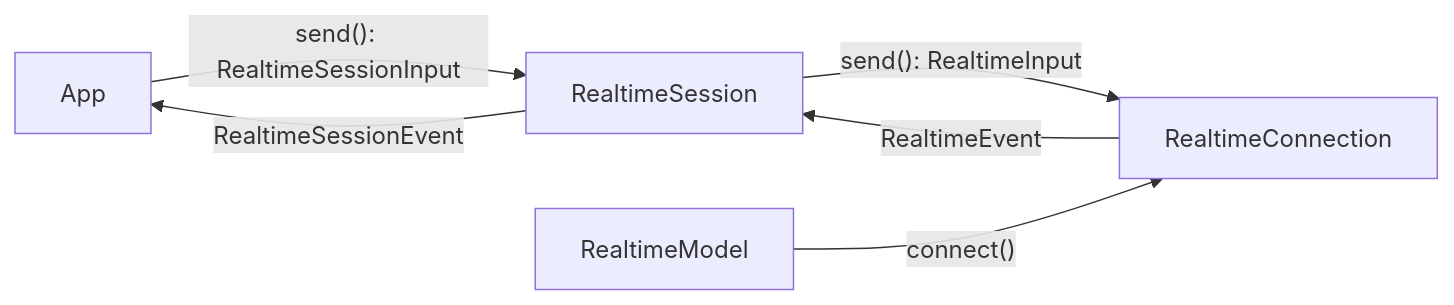
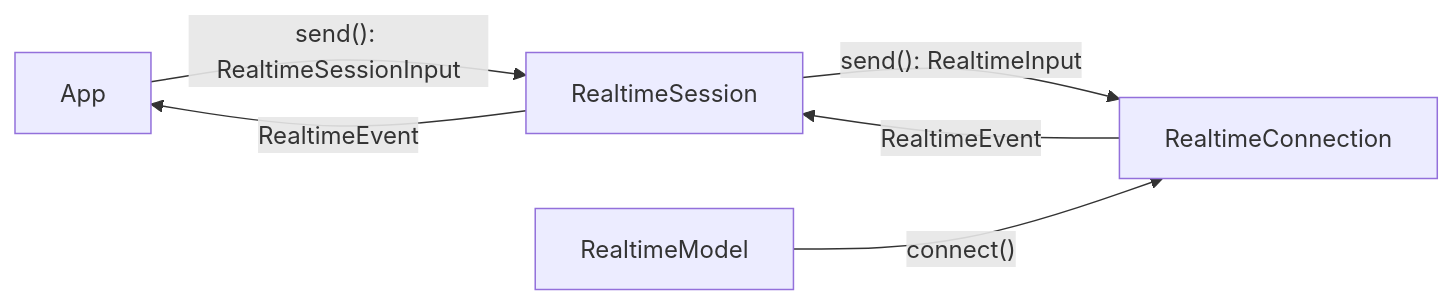
One commit to pydantic/pydantic-ai changed the diagram in docs/api/realtime.md. Above: the diagram before and after it, drawn with Mermaid. The commit also changed other lines of this file and 23 other files, not shown here.

````diff
--- a/docs/api/realtime.md
+++ b/docs/api/realtime.md
@@ -15,8 +15,8 @@
 ```mermaid
 graph LR
     App -- "send(): RealtimeSessionInput" --> S[RealtimeSession]
     S -- "send(): RealtimeInput" --> C[RealtimeConnection]
     M[RealtimeModel] -- "connect()" --> C
     C -- "RealtimeEvent" --> S
-    S -- "RealtimeSessionEvent" --> App
+    S -- "RealtimeEvent" --> App
 ```
````
